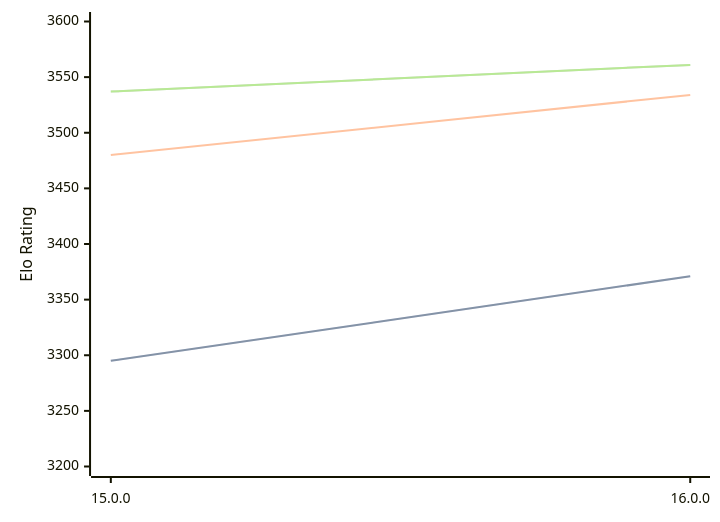
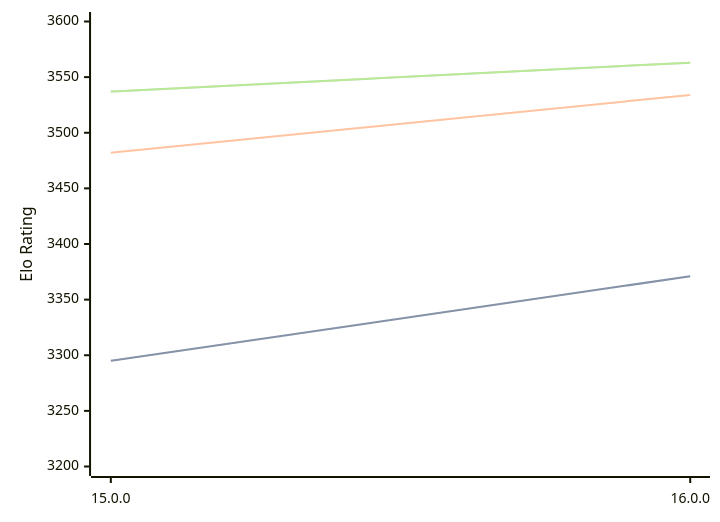
The diagram in engines/Halogen.md (computer-chess-index/cci), drawn with Mermaid before and after one commit. The commit also changed other lines of this file, not shown here.

Commit message:
Update CCI Ratings (ELO VLTC) - 2026-09-27

````diff
--- a/engines/Halogen.md
+++ b/engines/Halogen.md
@@ -32,11 +32,11 @@
 ```mermaid
 %%{init: {"theme":"base","themeVariables":{"seriesColors:['#a3a3a3','#222221','#faa371']}}}%%
 xychart-beta
   x-axis ["15.0.0", "16.0.0"]
   y-axis "Elo Rating" 3200 --> 3600
   line "" [3295, 3371]
   line "STC (8.0+0.08s)" [3295, 3371]
-  line "LTC (60.0+0.60s)" [3480, 3534]
-  line "" [3537, 3561]
-  line "VLTC (2m24s+1.12s)" [3537, 3561]
+  line "LTC (60.0+0.60s)" [3482, 3534]
+  line "" [3537, 3563]
+  line "VLTC (2m24s+1.12s)" [3537, 3563]
 ```
````
